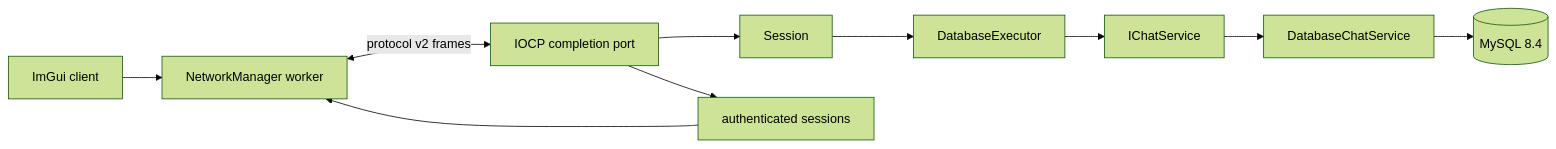
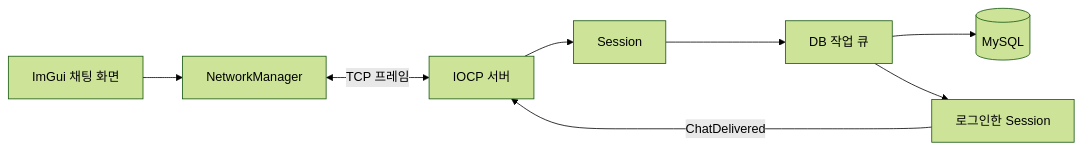
Before and after one commit to NearthYou/ChattingServerDemo: the diagram in README.md, drawn with Mermaid (forest theme). The commit also changed other lines of this file and 2 other files, not shown here.

````diff
--- a/README.md
+++ b/README.md
@@ -11,12 +20,10 @@
 ```mermaid
 flowchart LR
-    A[ImGui client] --> B[NetworkManager worker]
-    B <-->|protocol v2 frames| C[IOCP completion port]
-    C --> D[Session]
-    D --> E[DatabaseExecutor]
-    E --> F[IChatService]
-    F --> G[DatabaseChatService]
-    G --> H[(MySQL 8.4)]
-    C --> I[authenticated sessions]
-    I --> B
+    UI[ImGui 채팅 화면] --> NM[NetworkManager]
+    NM <-->|TCP 프레임| IOCP[IOCP 서버]
+    IOCP --> S[Session]
+    S --> DBW[DB 작업 큐]
+    DBW --> DB[(MySQL)]
+    DBW --> ACTIVE[로그인한 Session]
+    ACTIVE -->|ChatDelivered| IOCP
 ```
````
